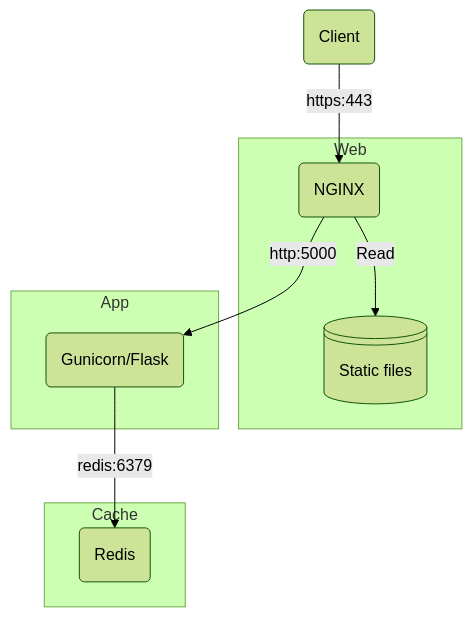
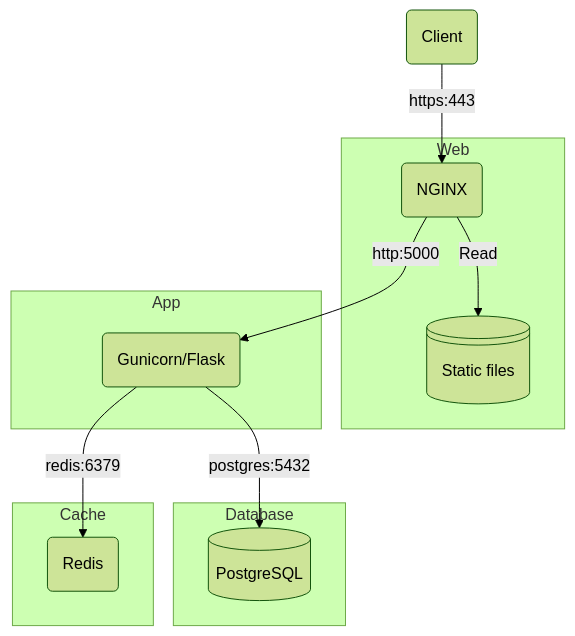
One commit to LandRegistry/govuk-frontend-flask changed the second of 2 diagrams in README.md. Above: the diagram before and after it, drawn with Mermaid (forest theme). The commit also changed other lines of this file and 15 other files, not shown here.

````diff
--- a/README.md
+++ b/README.md
@@ -95,23 +105,28 @@
 ```mermaid
 flowchart TB
     redis(Redis)
     client(Client)
     nginx(NGINX)
     flask(Gunicorn/Flask)
     static@{ shape: lin-cyl, label: "Static files" }
+    db@{ shape: cyl, label: "PostgreSQL" }
 
-    client -- https:443 --> nginx -- http:5000 --> flask
+    client -- https:443 --> nginx -- http:5000 --> flask -- postgres:5432 --> db
     flask -- redis:6379 --> redis
 
     subgraph Web
         nginx -- Read --> static
     end
 
     subgraph App
         flask
     end
 
+    subgraph Database
+        db
+    end
+
     subgraph Cache
         redis
     end
 ```
````
